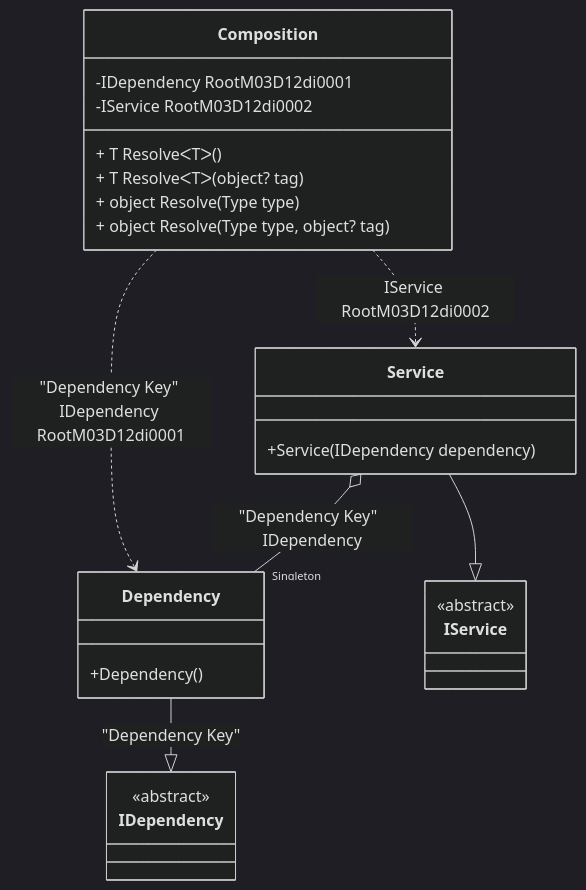
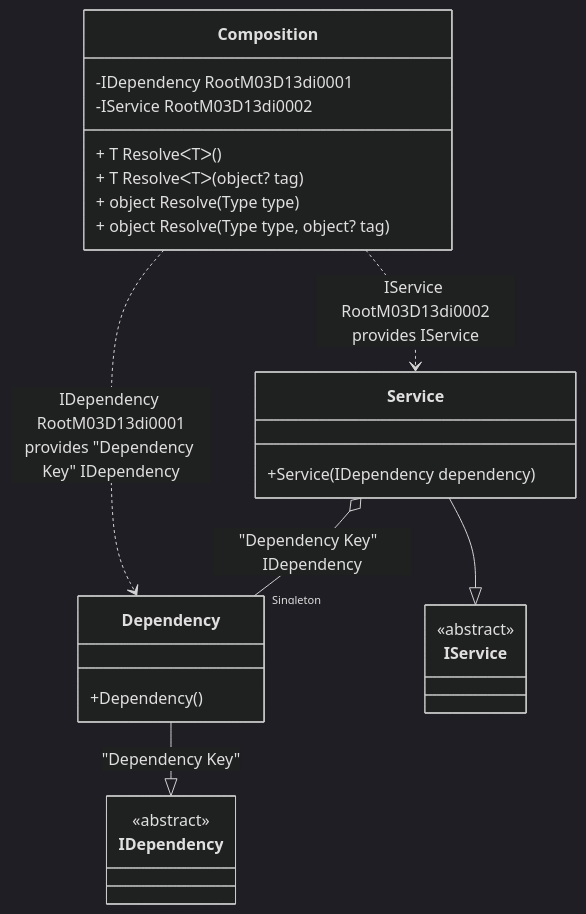
Before and after one commit to DevTeam/Pure.DI: the diagram in readme/service-collection.md, drawn with Mermaid (dark theme). The commit also changed other lines of this file and 73 other files, not shown here.

````diff
--- a/readme/service-collection.md
+++ b/readme/service-collection.md
@@ -47,28 +47,28 @@
 ```mermaid
 classDiagram
   class Composition {
-    -IDependency RootM03D12di0001
-    -IService RootM03D12di0002
+    -IDependency RootM03D13di0001
+    -IService RootM03D13di0002
     + T ResolveᐸTᐳ()
     + T ResolveᐸTᐳ(object? tag)
     + object Resolve(Type type)
     + object Resolve(Type type, object? tag)
   }
   Dependency --|> IDependency : "Dependency Key" 
   class Dependency {
     +Dependency()
   }
   Service --|> IService : 
   class Service {
     +Service(IDependency dependency)
   }
   class IDependency {
     <<abstract>>
   }
   class IService {
     <<abstract>>
   }
   Service o--  "Singleton" Dependency : "Dependency Key"  IDependency
-  Composition ..> Dependency : "Dependency Key" IDependency RootM03D12di0001
-  Composition ..> Service : IService RootM03D12di0002
+  Composition ..> Dependency : IDependency RootM03D13di0001<br/>provides "Dependency Key" IDependency
+  Composition ..> Service : IService RootM03D13di0002<br/>provides IService
 ```
````
